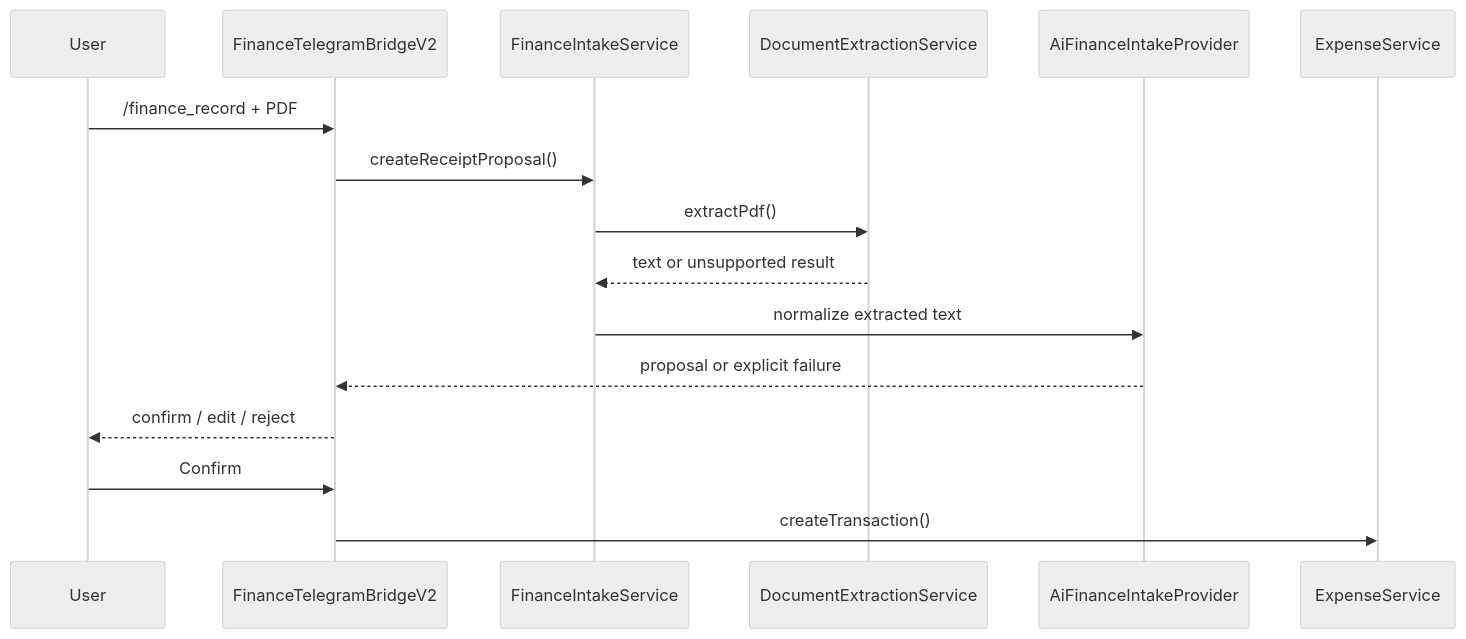
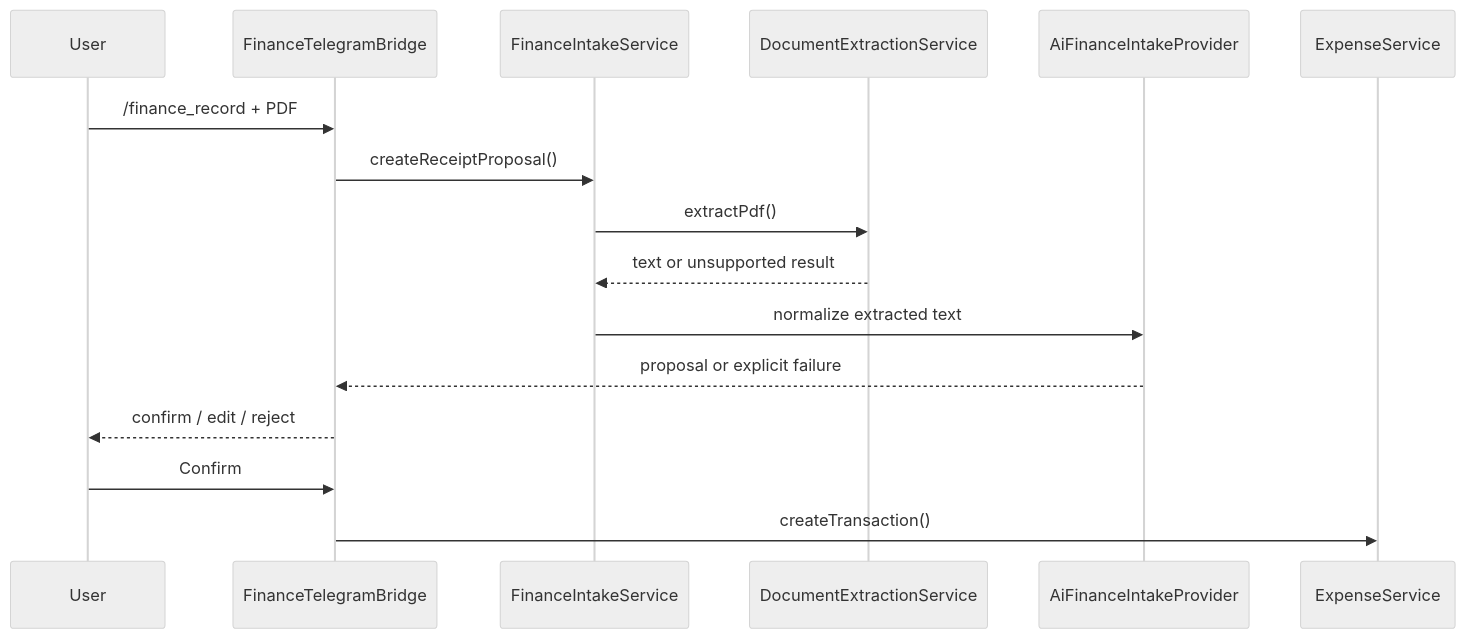
The fourth of 4 diagrams in docs/ai-finance-intake-provider.md (Xoanis/obsidian-expense-manager), drawn with Mermaid (neutral theme) before and after one commit. The commit also changed other lines of this file and 8 other files, not shown here.

````diff
--- a/docs/ai-finance-intake-provider.md
+++ b/docs/ai-finance-intake-provider.md
@@ -151,19 +151,19 @@
 ```mermaid
 sequenceDiagram
     participant User
-    participant Bridge as FinanceTelegramBridgeV2
+participant Bridge as FinanceTelegramBridge
     participant Intake as FinanceIntakeService
     participant Extract as DocumentExtractionService
     participant AI as AiFinanceIntakeProvider
     participant Expense as ExpenseService
 
     User->>Bridge: /finance_record + PDF
     Bridge->>Intake: createReceiptProposal()
     Intake->>Extract: extractPdf()
     Extract-->>Intake: text or unsupported result
     Intake->>AI: normalize extracted text
     AI-->>Bridge: proposal or explicit failure
     Bridge-->>User: confirm / edit / reject
     User->>Bridge: Confirm
     Bridge->>Expense: createTransaction()
 ```
````
